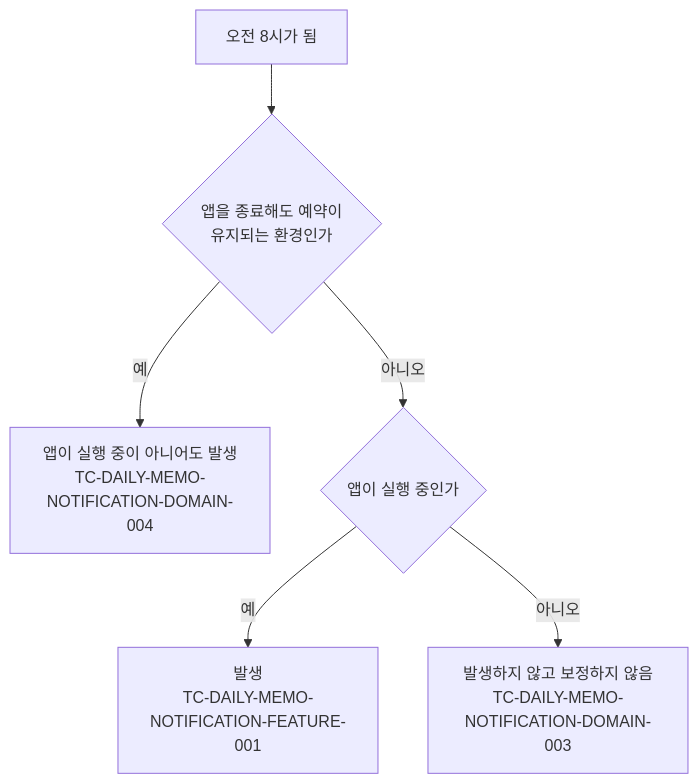
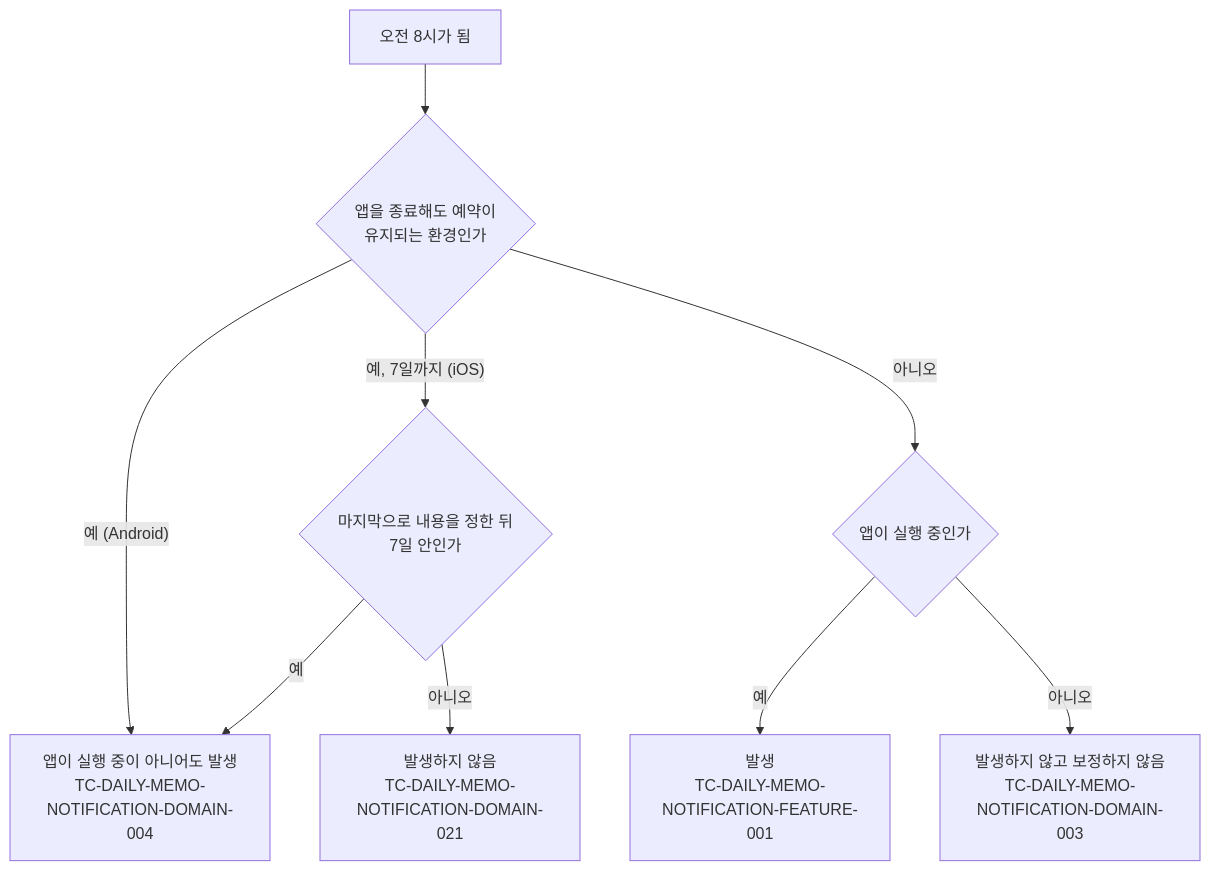
One commit to taetae98coding/DiaryKMP changed the second of 2 diagrams in docs/testcase/daily-memo-notification.md. Above: the diagram before and after it, drawn with Mermaid. The commit also changed other lines of this file and 2 other files, not shown here.

````diff
--- a/docs/testcase/daily-memo-notification.md
+++ b/docs/testcase/daily-memo-notification.md
@@ -74,8 +78,11 @@
 ```mermaid
 flowchart TD
     Start["오전 8시가 됨"] --> Keep{"앱을 종료해도 예약이<br/>유지되는 환경인가"}
-    Keep -- 예 --> Kept["앱이 실행 중이 아니어도 발생<br/>TC-DAILY-MEMO-NOTIFICATION-DOMAIN-004"]
+    Keep -- "예 (Android)" --> Kept["앱이 실행 중이 아니어도 발생<br/>TC-DAILY-MEMO-NOTIFICATION-DOMAIN-004"]
+    Keep -- "예, 7일까지 (iOS)" --> Within{"마지막으로 내용을 정한 뒤<br/>7일 안인가"}
+    Within -- 예 --> Kept
+    Within -- 아니오 --> Expired["발생하지 않음<br/>TC-DAILY-MEMO-NOTIFICATION-DOMAIN-021"]
     Keep -- 아니오 --> Running{"앱이 실행 중인가"}
     Running -- 예 --> Notify["발생<br/>TC-DAILY-MEMO-NOTIFICATION-FEATURE-001"]
     Running -- 아니오 --> Skip["발생하지 않고 보정하지 않음<br/>TC-DAILY-MEMO-NOTIFICATION-DOMAIN-003"]
 ```
````
